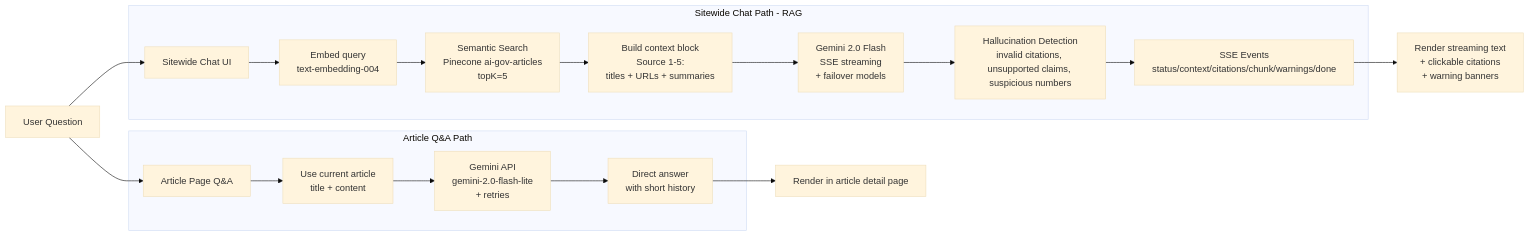
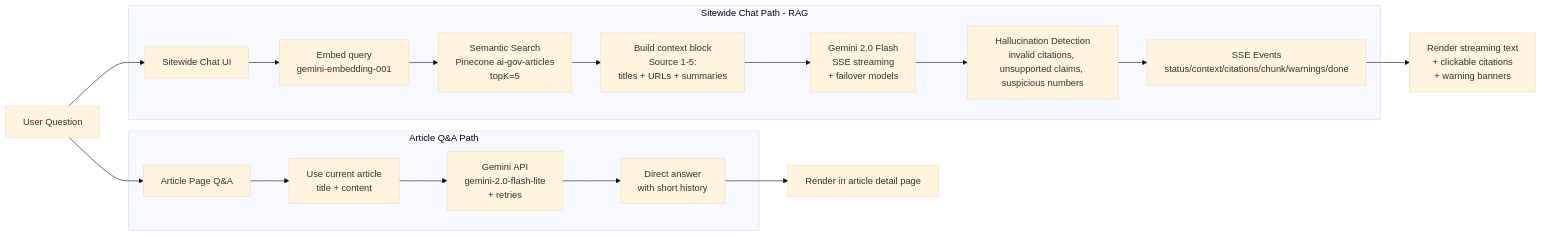
One commit to hoangsonww/AI-Gov-Content-Curator changed the ninth of 19 diagrams in ARCHITECTURE.md. Above: the diagram before and after it, drawn with Mermaid (base theme). The commit also changed other lines of this file and 85 other files, not shown here.

Commit message:
Update embedding model to use Google's gemini-embedding-001 in pinecone.service.ts

````diff
--- a/ARCHITECTURE.md
+++ b/ARCHITECTURE.md
@@ -578,23 +578,23 @@
 ```mermaid
 flowchart LR
     User[User Question] --> EntryQnA[Article Page Q&A]
     User --> EntrySitewide[Sitewide Chat UI]
 
     subgraph ArticleQnA[Article Q&A Path]
         EntryQnA --> UseArticle[Use current article<br/>title + content]
         UseArticle --> GeminiQnA[Gemini API<br/>gemini-2.0-flash-lite<br/>+ retries]
         GeminiQnA --> AnswerA[Direct answer<br/>with short history]
     end
 
     subgraph SitewideRAG[Sitewide Chat Path - RAG]
-        EntrySitewide --> Embed[Embed query<br/>text-embedding-004]
+        EntrySitewide --> Embed[Embed query<br/>gemini-embedding-001]
         Embed --> PineconeSearch[Semantic Search<br/>Pinecone ai-gov-articles<br/>topK=5]
         PineconeSearch --> Context[Build context block<br/>Source 1-5:<br/>titles + URLs + summaries]
         Context --> GeminiRag[Gemini 2.0 Flash<br/>SSE streaming<br/>+ failover models]
         GeminiRag --> Guardrails[Hallucination Detection<br/>invalid citations, unsupported claims, suspicious numbers]
         Guardrails --> StreamUI[SSE Events<br/>status/context/citations/chunk/warnings/done]
     end
 
     AnswerA --> DisplayA[Render in article detail page]
     StreamUI --> DisplayS[Render streaming text<br/>+ clickable citations<br/>+ warning banners]
 ```
````
